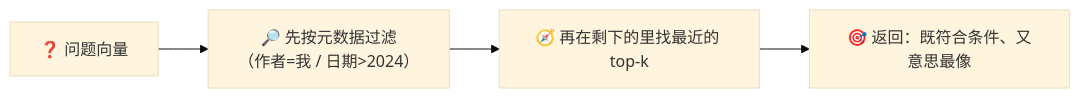
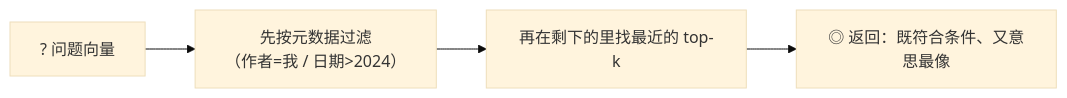
One commit to luckykhy/KhyAiHub changed the fifth of 7 diagrams in docs/02_CONCEPTS_概念入门/CONCEPT/[CONCEPT-10] 什么是向量数据库.md. Above: the diagram before and after it, drawn with Mermaid (base theme). The commit also changed other lines of this file and 19 other files, not shown here.

````diff
--- a/docs/02_CONCEPTS_概念入门/CONCEPT/[CONCEPT-10] 什么是向量数据库.md
+++ b/docs/02_CONCEPTS_概念入门/CONCEPT/[CONCEPT-10] 什么是向量数据库.md
@@ -159,6 +159,6 @@
 ```mermaid
 flowchart LR
-  Q["❓ 问题向量"] --> F["🔎 先按元数据过滤<br/>（作者=我 / 日期>2024）"]
-  F --> NN["🧭 再在剩下的里找最近的 top-k"]
-  NN --> OUT["🎯 返回：既符合条件、又意思最像"]
+  Q["? 问题向量"] --> F["先按元数据过滤<br/>（作者=我 / 日期>2024）"]
+  F --> NN["再在剩下的里找最近的 top-k"]
+  NN --> OUT["◎ 返回：既符合条件、又意思最像"]
 ```
````
